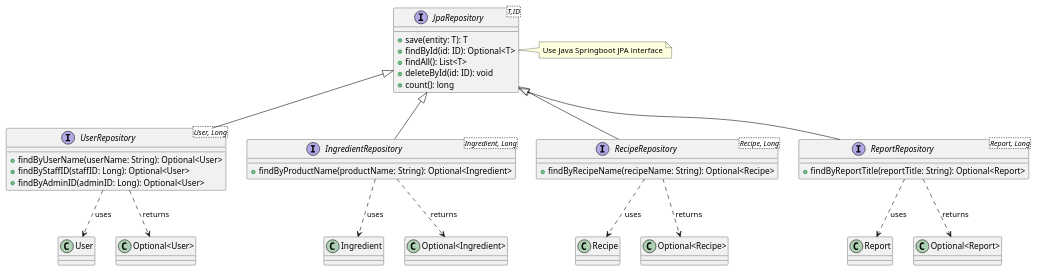
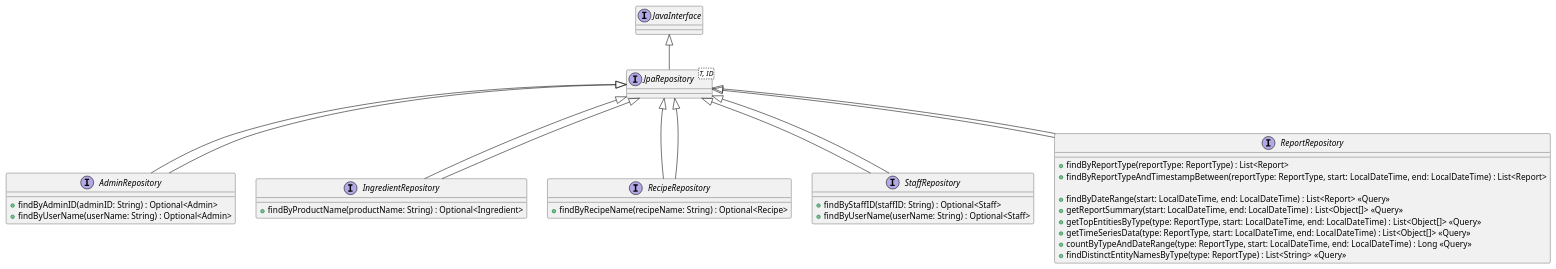
One commit to AlanCortez1337/cs5800-project changed the diagram in backend/src/documentation/classDiagrams/Repositories.puml. Above: the diagram before and after it, drawn with PlantUML. The commit also changed 6 other files, not shown here.

Commit message:
update class diagrams to how they should be implemented & fix config files for backend

```diff
--- a/backend/src/documentation/classDiagrams/Repositories.puml
+++ b/backend/src/documentation/classDiagrams/Repositories.puml
@@ -1,49 +1,40 @@
 @startuml
-    interface JpaRepository<T,ID> {
-      + save(entity: T): T
-      + findById(id: ID): Optional<T>
-      + findAll(): List<T>
-      + deleteById(id: ID): void
-      + count(): long
+    interface JpaRepository<T, ID> extends JavaInterface
+
+    interface AdminRepository extends JpaRepository<Admin, Integer> {
+        + findByAdminID(adminID: String) : Optional<Admin>
+        + findByUserName(userName: String) : Optional<Admin>
     }
 
-    interface UserRepository<User, Long> {
-      + findByUserName(userName: String): Optional<User>
-      + findByStaffID(staffID: Long): Optional<User>
-      + findByAdminID(adminID: Long): Optional<User>
+    interface IngredientRepository extends JpaRepository<Ingredient, Integer> {
+        + findByProductName(productName: String) : Optional<Ingredient>
     }
 
-    interface IngredientRepository<Ingredient, Long> {
-      + findByProductName(productName: String): Optional<Ingredient>
+    interface RecipeRepository extends JpaRepository<Recipe, Integer> {
+        + findByRecipeName(recipeName: String) : Optional<Recipe>
     }
 
-    interface RecipeRepository<Recipe, Long> {
-      + findByRecipeName(recipeName: String): Optional<Recipe>
+    interface StaffRepository extends JpaRepository<Staff, Integer> {
+        + findByStaffID(staffID: String) : Optional<Staff>
+        + findByUserName(userName: String) : Optional<Staff>
     }
 
-    interface ReportRepository<Report, Long> {
-      + findByReportTitle(reportTitle: String): Optional<Report>
+    interface ReportRepository extends JpaRepository<Report, Long> {
+        + findByReportType(reportType: ReportType) : List<Report>
+        + findByReportTypeAndTimestampBetween(reportType: ReportType, start: LocalDateTime, end: LocalDateTime) : List<Report>
+
+        + findByDateRange(start: LocalDateTime, end: LocalDateTime) : List<Report> <<Query>>
+        + getReportSummary(start: LocalDateTime, end: LocalDateTime) : List<Object[]> <<Query>>
+        + getTopEntitiesByType(type: ReportType, start: LocalDateTime, end: LocalDateTime) : List<Object[]> <<Query>>
+        + getTimeSeriesData(type: ReportType, start: LocalDateTime, end: LocalDateTime) : List<Object[]> <<Query>>
+        + countByTypeAndDateRange(type: ReportType, start: LocalDateTime, end: LocalDateTime) : Long <<Query>>
+        + findDistinctEntityNamesByType(type: ReportType) : List<String> <<Query>>
     }
 
-
-    JpaRepository <|-- UserRepository
-    UserRepository ..> User : uses
-    UserRepository ..> "Optional<User>" : returns
-
-    JpaRepository <|-- IngredientRepository
-    IngredientRepository ..> Ingredient : uses
-    IngredientRepository ..> "Optional<Ingredient>" : returns
-
-    JpaRepository <|-- RecipeRepository
-    RecipeRepository ..> Recipe : uses
-    RecipeRepository ..> "Optional<Recipe>" : returns
-
-    JpaRepository <|-- ReportRepository
-    ReportRepository ..> Report : uses
-    ReportRepository ..> "Optional<Report>" : returns
-
-    note right of JpaRepository
-      Use Java Springboot JPA interface
-    end note
+    AdminRepository --|> JpaRepository
+    IngredientRepository --|> JpaRepository
+    RecipeRepository --|> JpaRepository
+    StaffRepository --|> JpaRepository
+    ReportRepository --|> JpaRepository
 
 @enduml
```
